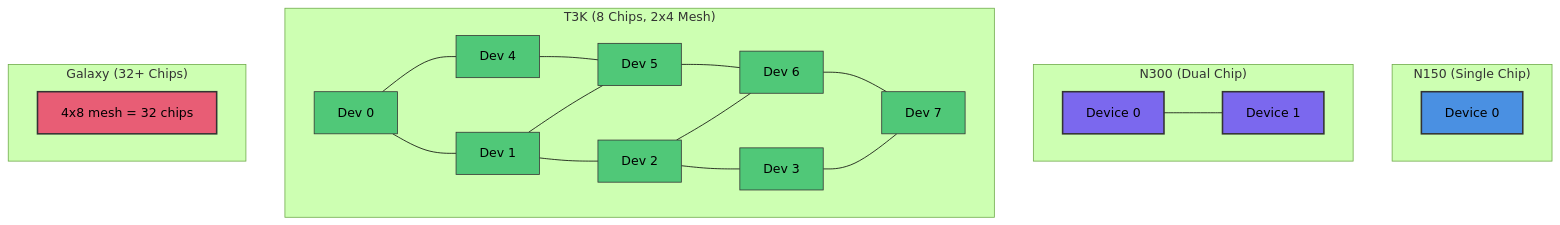
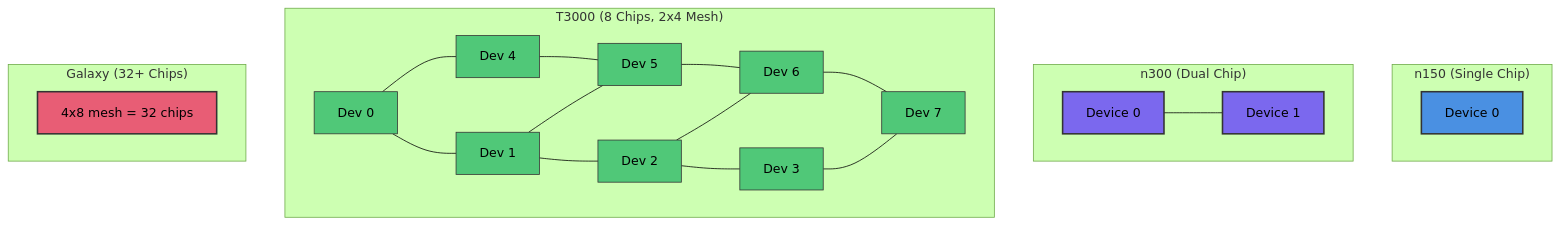
The second of 2 diagrams in content/lessons/ct5-multi-device-training.md (tenstorrent/tt-vscode-toolkit), drawn with Mermaid (forest theme) before and after one commit. The commit also changed other lines of this file and 139 other files, not shown here.

````diff
--- a/content/lessons/ct5-multi-device-training.md
+++ b/content/lessons/ct5-multi-device-training.md
@@ -273,36 +273,36 @@
 ```mermaid
 graph TD
-    subgraph N150["N150 (Single Chip)"]
+    subgraph n150["n150 (Single Chip)"]
         A1[Device 0]
     end
 
-    subgraph N300["N300 (Dual Chip)"]
+    subgraph n300["n300 (Dual Chip)"]
         B1[Device 0] --- B2[Device 1]
     end
 
-    subgraph T3K["T3K (8 Chips, 2x4 Mesh)"]
+    subgraph T3000["T3000 (8 Chips, 2x4 Mesh)"]
         C1[Dev 0] --- C2[Dev 1] --- C3[Dev 2] --- C4[Dev 3]
         C5[Dev 4] --- C6[Dev 5] --- C7[Dev 6] --- C8[Dev 7]
         C1 --- C5
         C2 --- C6
         C3 --- C7
         C4 --- C8
     end
 
     subgraph Galaxy["Galaxy (32+ Chips)"]
         D1[4x8 mesh = 32 chips]
     end
 
     style A1 fill:#4A90E2,stroke:#333,stroke-width:2px
     style B1 fill:#7B68EE,stroke:#333,stroke-width:2px
     style B2 fill:#7B68EE,stroke:#333,stroke-width:2px
     style C1 fill:#50C878,stroke:#333,stroke-width:1px
     style C2 fill:#50C878,stroke:#333,stroke-width:1px
     style C3 fill:#50C878,stroke:#333,stroke-width:1px
     style C4 fill:#50C878,stroke:#333,stroke-width:1px
     style C5 fill:#50C878,stroke:#333,stroke-width:1px
     style C6 fill:#50C878,stroke:#333,stroke-width:1px
     style C7 fill:#50C878,stroke:#333,stroke-width:1px
     style C8 fill:#50C878,stroke:#333,stroke-width:1px
     style D1 fill:#E85D75,stroke:#333,stroke-width:2px
 ```
````
